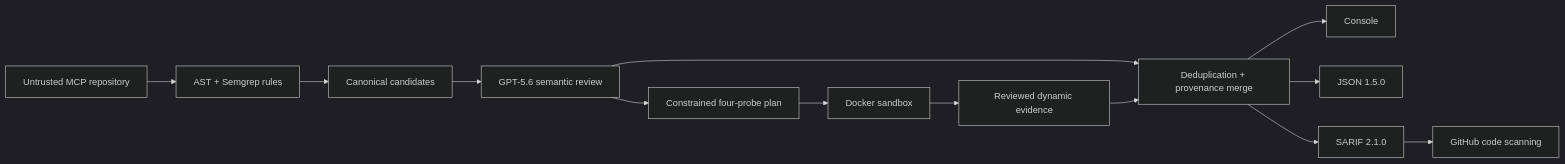
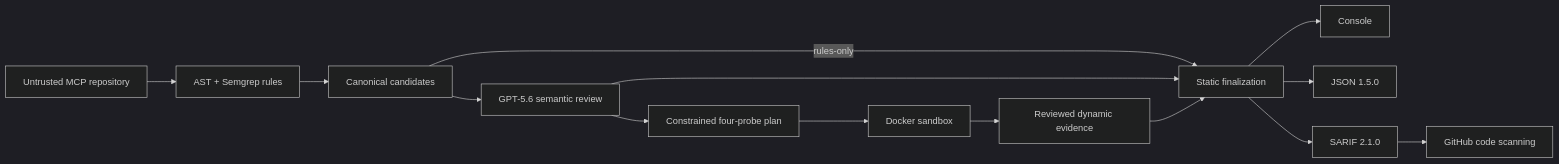
Before and after one commit to BashaarJavaid/MCP-Sentinel: the diagram in docs/architecture.md, drawn with Mermaid (dark theme). The commit also changed other lines of this file and 46 other files, not shown here.

Commit message:
Add Phase 18 rules-only scanning and prepare 1.3.0

````diff
--- a/docs/architecture.md
+++ b/docs/architecture.md
@@ -6,15 +6,16 @@
 ```mermaid
 flowchart LR
     A[Untrusted MCP repository] --> B[AST + Semgrep rules]
     B --> C[Canonical candidates]
+    C -->|rules-only| H[Static finalization]
     C --> D[GPT-5.6 semantic review]
     D --> E[Constrained four-probe plan]
     E --> F[Docker sandbox]
     F --> G[Reviewed dynamic evidence]
-    D --> H[Deduplication + provenance merge]
+    D --> H
     G --> H
     H --> I[Console]
     H --> J[JSON 1.5.0]
     H --> K[SARIF 2.1.0]
     K --> L[GitHub code scanning]
 ```
````
